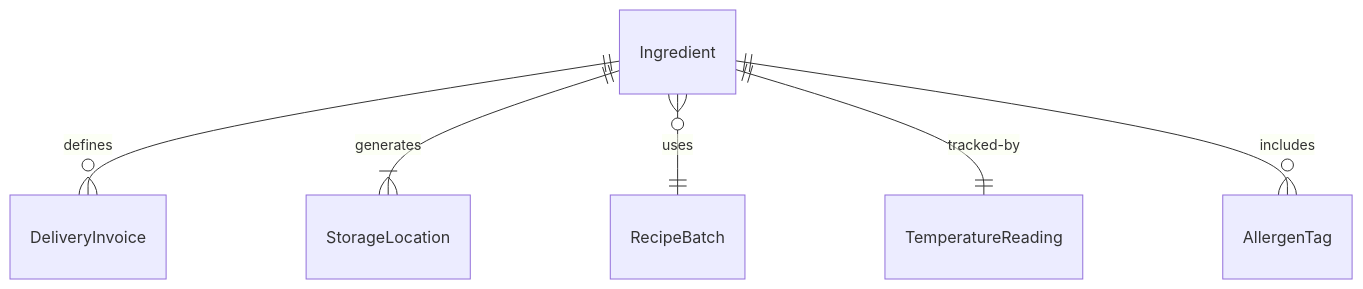
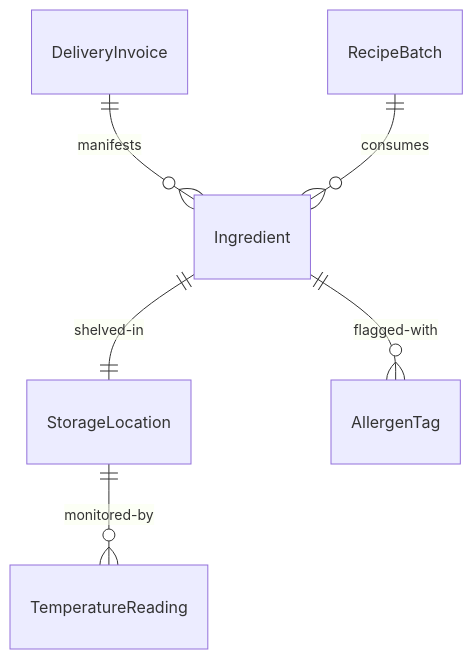
Before and after one commit to dot-org-ai/tasks.org.ai: the first of 4 diagrams in HandlingAndMovingObjects/HandleFoodOrFoodPreparationMaterials/HandleFoodPreparationIngredients.mdx, drawn with Mermaid. The commit also changed other lines of this file and 515 other files, not shown here.

````diff
--- a/HandlingAndMovingObjects/HandleFoodOrFoodPreparationMaterials/HandleFoodPreparationIngredients.mdx
+++ b/HandlingAndMovingObjects/HandleFoodOrFoodPreparationMaterials/HandleFoodPreparationIngredients.mdx
@@ -89,8 +89,8 @@
 ```mermaid
 erDiagram
-    Ingredient ||--o{ DeliveryInvoice : "defines"
-    Ingredient ||--|{ StorageLocation : "generates"
-    Ingredient }o--|| RecipeBatch : "uses"
-    Ingredient ||--|| TemperatureReading : "tracked-by"
-    Ingredient ||--o{ AllergenTag : "includes"
+    DeliveryInvoice ||--o{ Ingredient : "manifests"
+    Ingredient ||--|| StorageLocation : "shelved-in"
+    Ingredient ||--o{ AllergenTag : "flagged-with"
+    StorageLocation ||--o{ TemperatureReading : "monitored-by"
+    RecipeBatch ||--o{ Ingredient : "consumes"
 ```
````
